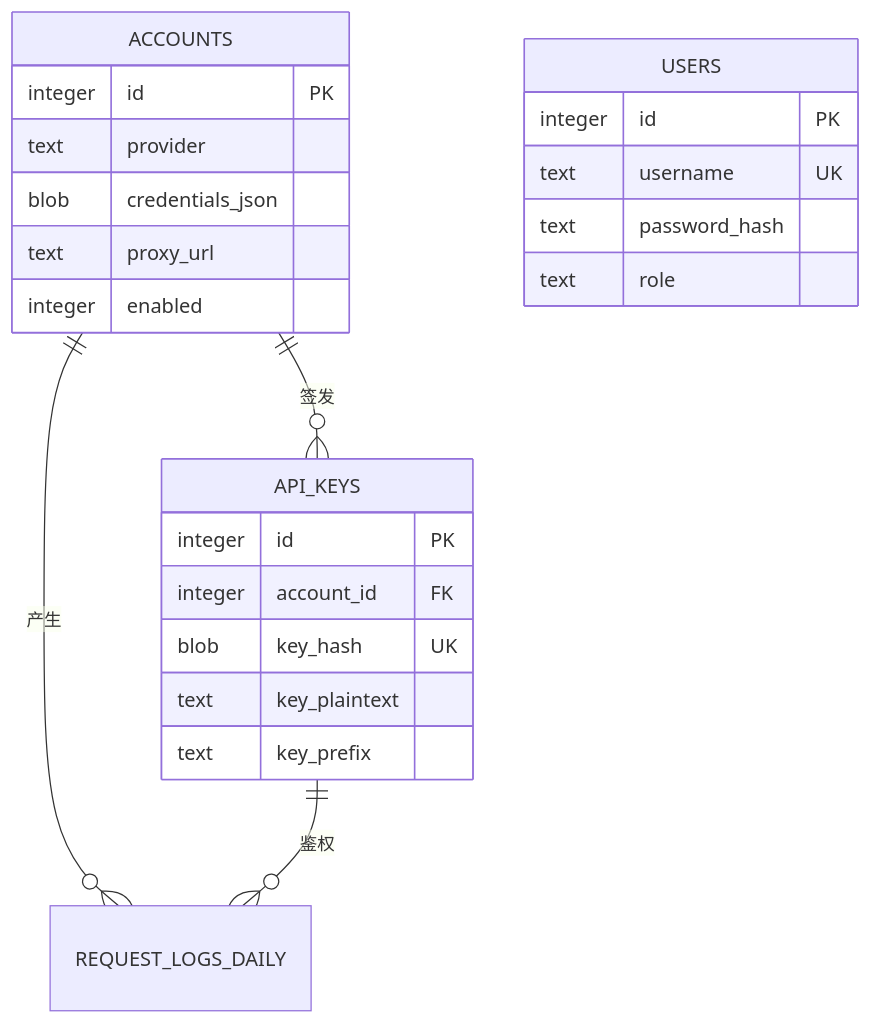
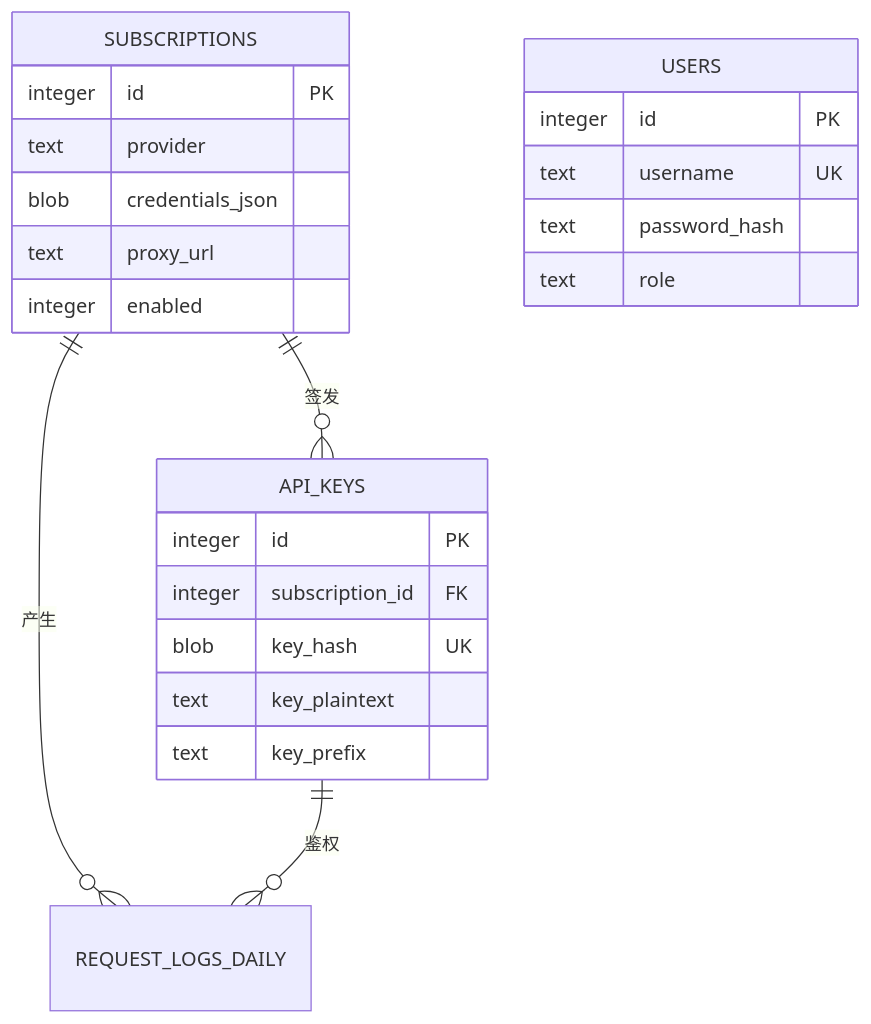
The diagram in docs/database.md (gamemake/ai-unisub), drawn with Mermaid before and after one commit. The commit also changed other lines of this file and 45 other files, not shown here.

````diff
--- a/docs/database.md
+++ b/docs/database.md
@@ -57,27 +57,27 @@
 ```mermaid
 erDiagram
-    ACCOUNTS ||--o{ API_KEYS : "签发"
-    ACCOUNTS ||--o{ REQUEST_LOGS_DAILY : "产生"
+    SUBSCRIPTIONS ||--o{ API_KEYS : "签发"
+    SUBSCRIPTIONS ||--o{ REQUEST_LOGS_DAILY : "产生"
     API_KEYS ||--o{ REQUEST_LOGS_DAILY : "鉴权"
 
-    ACCOUNTS {
+    SUBSCRIPTIONS {
         integer id PK
         text provider
         blob credentials_json
         text proxy_url
         integer enabled
     }
     API_KEYS {
         integer id PK
-        integer account_id FK
+        integer subscription_id FK
         blob key_hash UK
         text key_plaintext
         text key_prefix
     }
     USERS {
         integer id PK
         text username UK
         text password_hash
         text role
     }
 ```
````
